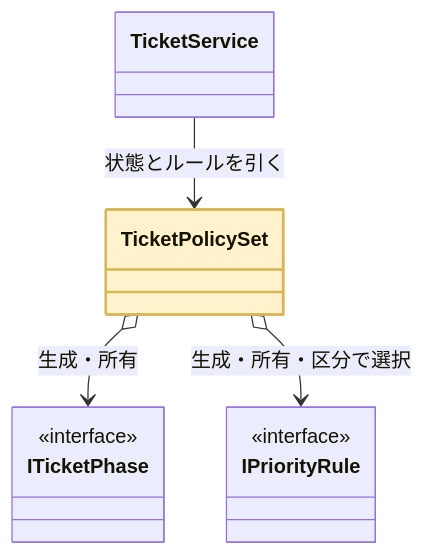
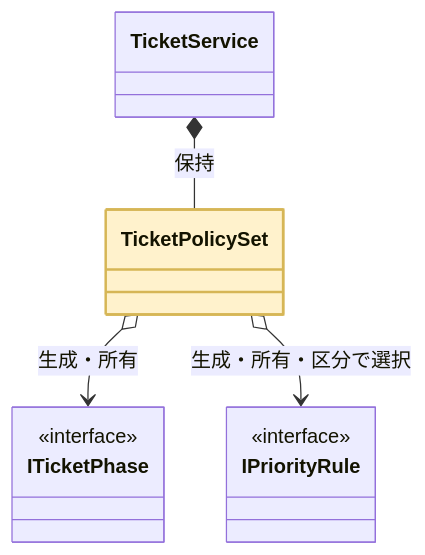
Before and after one commit to kumachan1101-pixel/DesignPattern: diagram 14 of 22 in kindle/design-patterns/output/chapter09_2.md, drawn with Mermaid. The commit also changed other lines of this file and 1 other file, not shown here.

First line of the commit message:
EDIT-016: TicketServiceの依存を値メンバへ戻す

````diff
--- a/kindle/design-patterns/output/chapter09_2.md
+++ b/kindle/design-patterns/output/chapter09_2.md
@@ -1981,12 +1981,12 @@
 ```mermaid
 classDiagram
     class TicketService
     class TicketPolicySet
     class ITicketPhase { <<interface>> }
     class IPriorityRule { <<interface>> }
-    TicketService --> TicketPolicySet : 状態とルールを引く
+    TicketService *-- TicketPolicySet : 保持
     TicketPolicySet o--> ITicketPhase : 生成・所有
     TicketPolicySet o--> IPriorityRule : 生成・所有・区分で選択
     class TicketPolicySet:::focus
     classDef focus fill:#FFF2CC,stroke:#D6B656,stroke-width:2px
 ```
````
